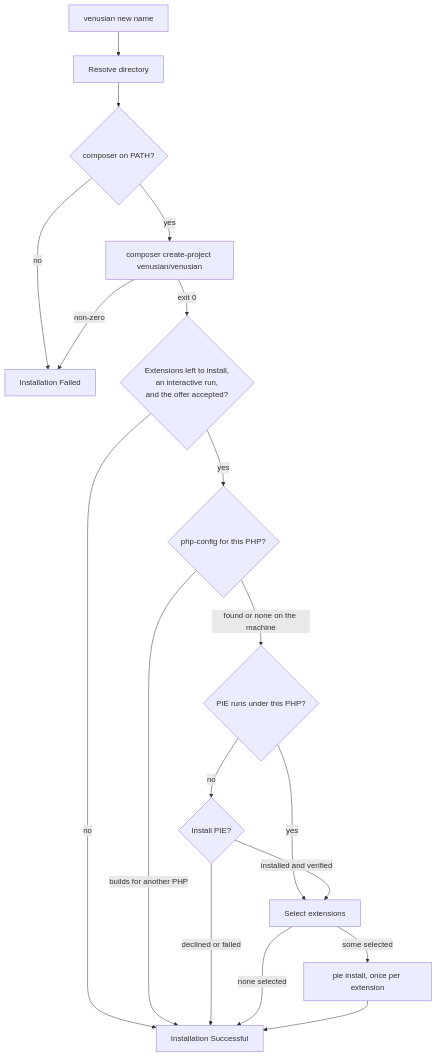
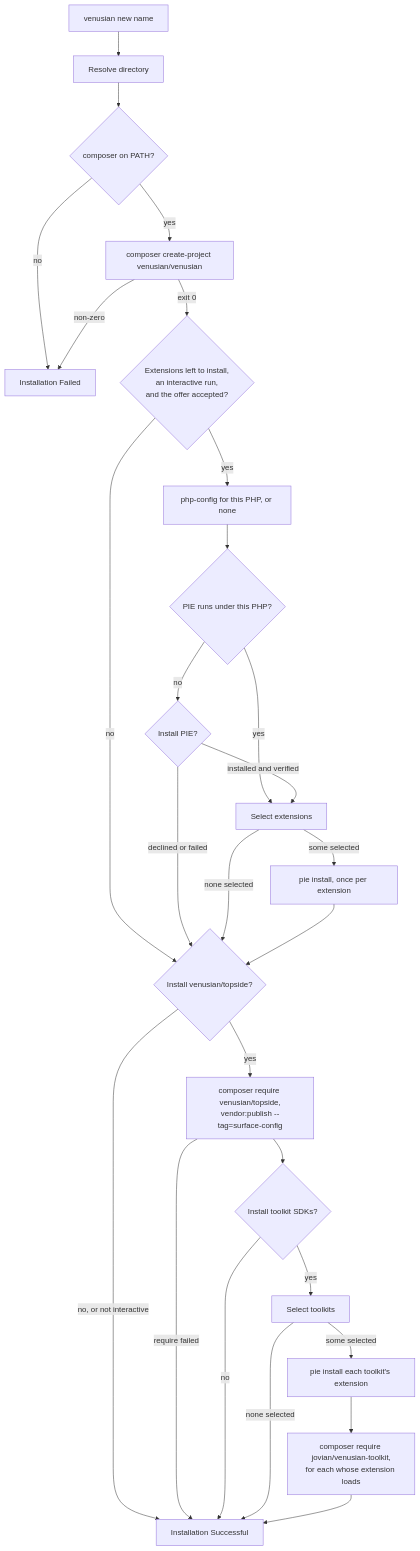
The diagram in README.md (VenusianPHP/installer), drawn with Mermaid before and after one commit. The commit also changed other lines of this file and 69 other files, not shown here.

First line of the commit message:
(0.11.x) - Add Topside and toolkit setup to new

````diff
--- a/README.md
+++ b/README.md
@@ -76,20 +109,29 @@
 ```mermaid
 flowchart TD
     A[venusian new name] --> B[Resolve directory]
     B --> C{composer on PATH?}
     C -- no --> E[Installation Failed]
     C -- yes --> D[composer create-project venusian/venusian]
     D -- non-zero --> E
     D -- exit 0 --> G{"Extensions left to install,<br>an interactive run,<br>and the offer accepted?"}
-    G -- no --> F[Installation Successful]
-    G -- yes --> H{php-config for this PHP?}
-    H -- builds for another PHP --> F
-    H -- found or none on the machine --> I{PIE runs under this PHP?}
+    G -- no --> T
+    G -- yes --> H[php-config for this PHP, or none]
+    H --> I{PIE runs under this PHP?}
     I -- yes --> K[Select extensions]
     I -- no --> J{Install PIE?}
-    J -- declined or failed --> F
+    J -- declined or failed --> T
     J -- installed and verified --> K
-    K -- none selected --> F
+    K -- none selected --> T
     K -- some selected --> L[pie install, once per extension]
-    L --> F
+    L --> T{"Install venusian/topside?"}
+    T -- no, or not interactive --> F[Installation Successful]
+    T -- yes --> U[composer require venusian/topside,<br>vendor:publish --tag=surface-config]
+    U -- require failed --> F
+    U --> V{"Install toolkit SDKs?"}
+    V -- no --> F
+    V -- yes --> W[Select toolkits]
+    W -- none selected --> F
+    W -- some selected --> X[pie install each toolkit's extension]
+    X --> Y[composer require jovian/venusian-toolkit,<br>for each whose extension loads]
+    Y --> F
 ```
````
